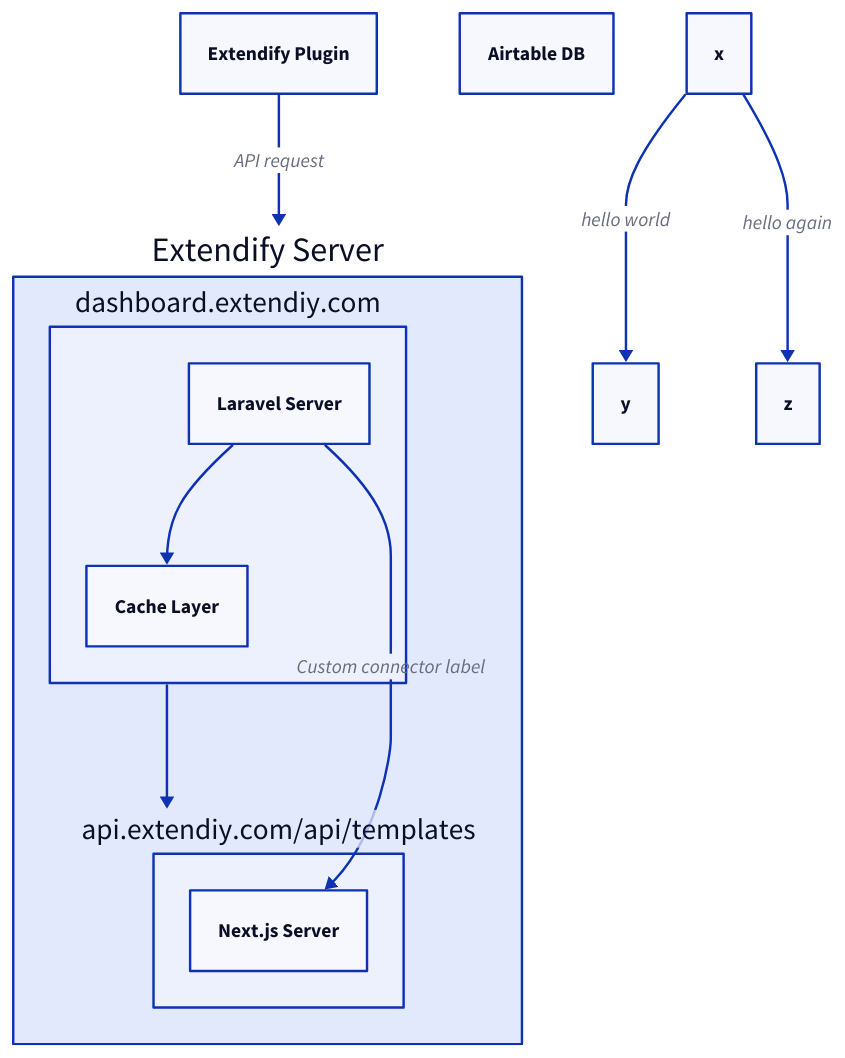
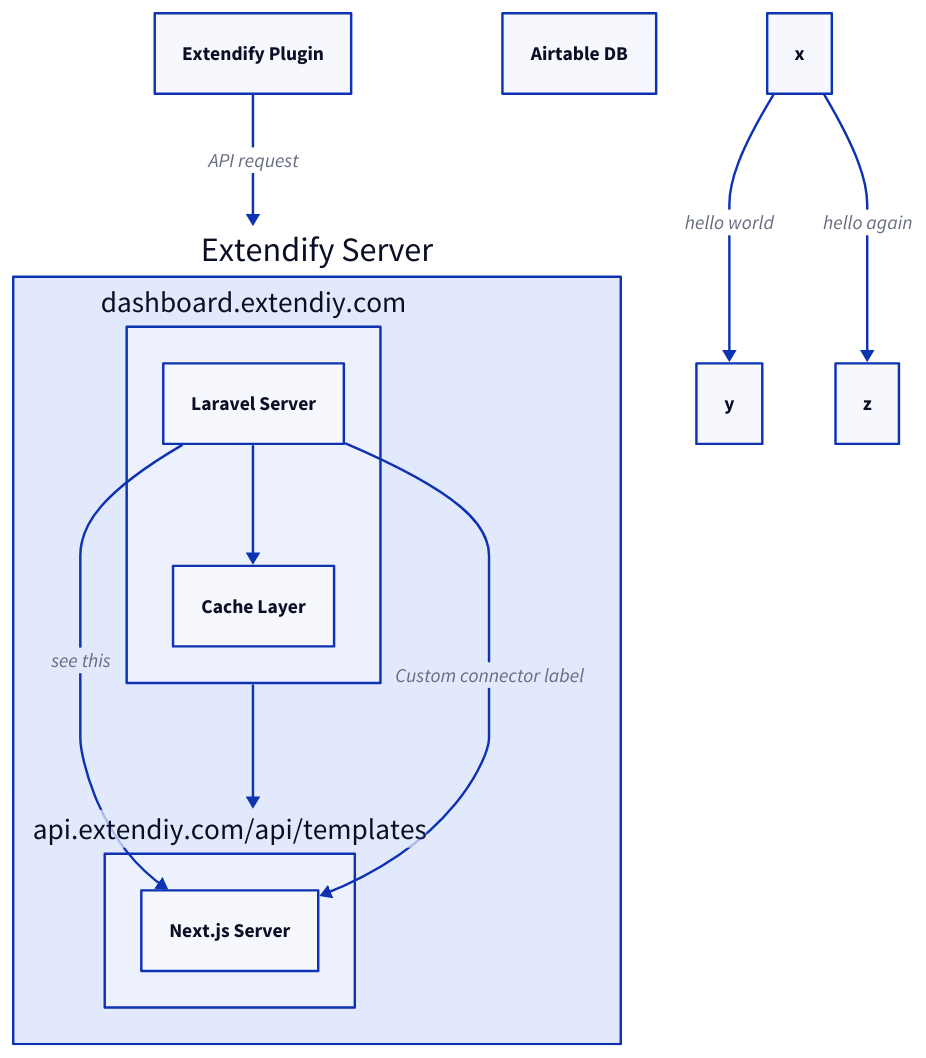
The diagram in d2/file.d2 (dgwyer/myapp), drawn with D2 before and after one commit.

Commit message:
try to render

```diff
--- a/d2/file.d2
+++ b/d2/file.d2
@@ -1,28 +1,28 @@
 a: Extendify Plugin
 e: Airtable DB
 
 extendifyServer: {
   label: Extendify Server
 
   dashboardServer: {
     label: dashboard.extendiy.com
     ls: Laravel Server
     cl: Cache Layer
 
     ls -> cl
   }
 
   apiServer:  {
     label: api.extendiy.com/api/templates
     nj: Next.js Server
 
-    #_.dashboardServer.ls -> nj
+    _.dashboardServer.ls -> nj: see this
   }
 
   dashboardServer -> apiServer
   dashboardServer.ls -> apiServer.nj: Custom connector label
 }
 
 a -> extendifyServer: API request
 x -> y: hello world
 x -> z: hello again
```
